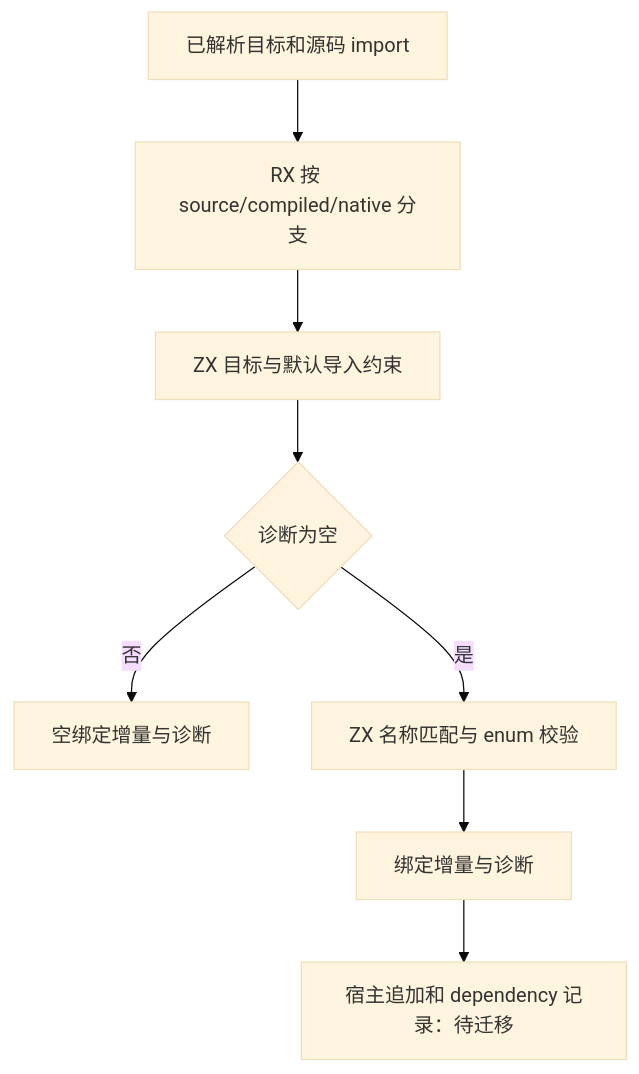
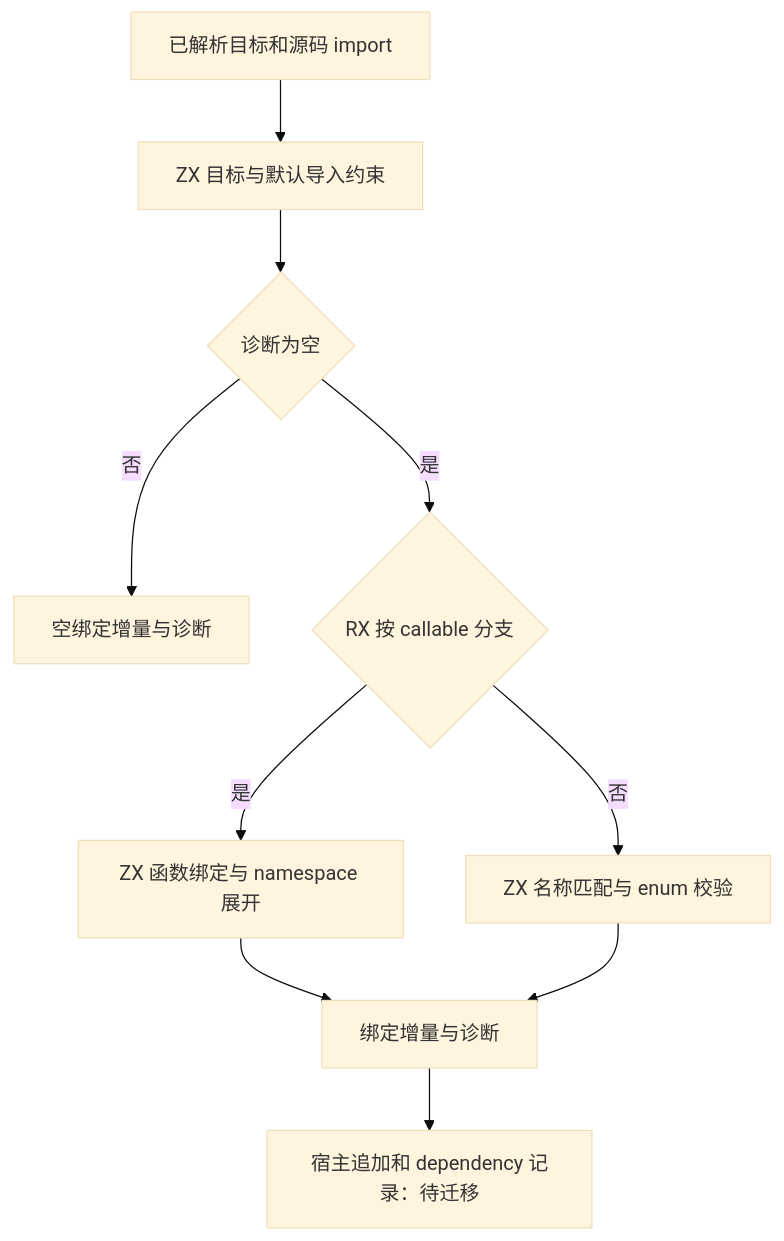
Before and after one commit to MatrixAges/zxc: the third of 3 diagrams in docs/2026-10-11/完整自举接续/执行计划.md, drawn with Mermaid (base theme). The commit also changed 16 other files, not shown here.

````diff
--- a/docs/2026-10-11/完整自举接续/执行计划.md
+++ b/docs/2026-10-11/完整自举接续/执行计划.md
@@ -54,10 +54,12 @@
 ```mermaid
 flowchart TD
-    Target[已解析目标和源码 import] --> Mode[RX 按 source/compiled/native 分支]
-    Mode --> Constraint[ZX 目标与默认导入约束]
+    Target[已解析目标和源码 import] --> Constraint[ZX 目标与默认导入约束]
     Constraint --> Valid{诊断为空}
     Valid -- 否 --> Failure[空绑定增量与诊断]
-    Valid -- 是 --> Names[ZX 名称匹配与 enum 校验]
-    Names --> Result[绑定增量与诊断]
+    Valid -- 是 --> Callable{RX 按 callable 分支}
+    Callable -- 是 --> Functions[ZX 函数绑定与 namespace 展开]
+    Callable -- 否 --> Names[ZX 名称匹配与 enum 校验]
+    Functions --> Result[绑定增量与诊断]
+    Names --> Result
     Result --> Append[宿主追加和 dependency 记录：待迁移]
 ```
````
